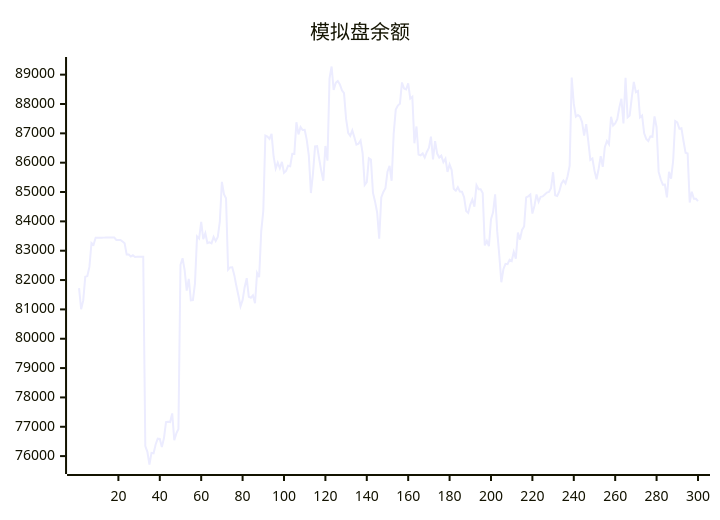
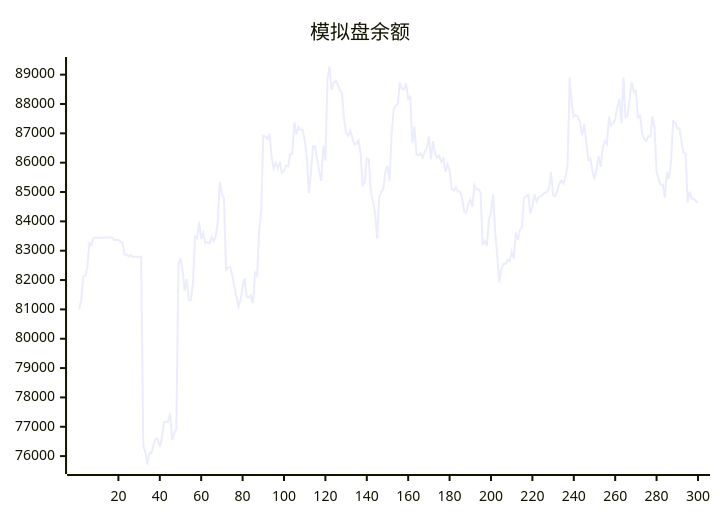
The diagram in README.md (aahl/ai-trading), drawn with Mermaid before and after one commit. The commit also changed other lines of this file and 1 other file, not shown here.

````diff
--- a/README.md
+++ b/README.md
@@ -5,5 +5,5 @@
 ```mermaid
 xychart
     title "模拟盘余额"
-    line [81728,81005,81298,82110,82135,82449,83264,83203,83440,83439,83440,83440,83446,83447,83448,83447,83448,83449,83369,83369,83369,83313,83256,82872,82873,82801,82844,82785,82791,82791,82793,82794,76339,76145,75714,76110,76096,76397,76594,76585,76310,76607,77160,77170,77160,77456,76541,76774,76927,82520,82744,82337,81639,82040,81307,81314,81887,83490,83414,83984,83396,83594,83261,83287,83253,83470,83327,83465,83987,85348,84930,84786,82355,82433,82438,82167,81795,81466,81105,81315,81756,82064,81426,81398,81481,81210,82242,82099,83658,84359,86925,86892,86814,86980,86203,85802,86003,85811,86028,85657,85721,85896,85880,86300,86299,87378,86965,87214,87115,87118,86780,86238,84966,85623,86555,86562,86129,85722,85387,86569,86070,88870,89278,88477,88720,88781,88668,88467,88372,87493,87018,86917,87102,86870,86613,86644,86758,86317,85242,85334,86149,86106,84968,84671,84302,83410,84816,85001,85127,85693,85891,85384,87001,87811,87945,88007,88734,88528,88495,88705,88189,88248,86662,87234,86279,86251,86314,86177,86364,86503,86886,86114,86731,86310,86176,86240,86017,86136,85685,85938,85749,85111,85044,85164,85016,85008,84824,84354,84287,84572,84745,84500,85234,85096,85095,84970,83180,83338,83157,84070,84309,84922,83667,82850,81924,82369,82552,82539,82695,82648,82962,82728,83619,83378,83710,83825,84819,84854,84917,84265,84527,84919,84668,84834,84850,84916,84981,85004,85131,85674,84891,84864,85019,85284,85393,85294,85538,85894,88904,88012,87567,87625,87568,87386,86920,87313,86737,86094,86143,85725,85437,85787,86219,85859,86526,86740,86630,87563,87264,87335,87483,87886,88180,87335,88894,87544,87608,88207,88755,88401,88444,87543,87608,87000,86810,86740,86894,86884,87576,87209,85686,85435,85251,85255,84820,85689,85453,86066,87420,87373,87161,87178,86740,86341,86315,84643,85012,84772,84768,84690]
+    line [81005,81298,82110,82135,82449,83264,83203,83440,83439,83440,83440,83446,83447,83448,83447,83448,83449,83369,83369,83369,83313,83256,82872,82873,82801,82844,82785,82791,82791,82793,82794,76339,76145,75714,76110,76096,76397,76594,76585,76310,76607,77160,77170,77160,77456,76541,76774,76927,82520,82744,82337,81639,82040,81307,81314,81887,83490,83414,83984,83396,83594,83261,83287,83253,83470,83327,83465,83987,85348,84930,84786,82355,82433,82438,82167,81795,81466,81105,81315,81756,82064,81426,81398,81481,81210,82242,82099,83658,84359,86925,86892,86814,86980,86203,85802,86003,85811,86028,85657,85721,85896,85880,86300,86299,87378,86965,87214,87115,87118,86780,86238,84966,85623,86555,86562,86129,85722,85387,86569,86070,88870,89278,88477,88720,88781,88668,88467,88372,87493,87018,86917,87102,86870,86613,86644,86758,86317,85242,85334,86149,86106,84968,84671,84302,83410,84816,85001,85127,85693,85891,85384,87001,87811,87945,88007,88734,88528,88495,88705,88189,88248,86662,87234,86279,86251,86314,86177,86364,86503,86886,86114,86731,86310,86176,86240,86017,86136,85685,85938,85749,85111,85044,85164,85016,85008,84824,84354,84287,84572,84745,84500,85234,85096,85095,84970,83180,83338,83157,84070,84309,84922,83667,82850,81924,82369,82552,82539,82695,82648,82962,82728,83619,83378,83710,83825,84819,84854,84917,84265,84527,84919,84668,84834,84850,84916,84981,85004,85131,85674,84891,84864,85019,85284,85393,85294,85538,85894,88904,88012,87567,87625,87568,87386,86920,87313,86737,86094,86143,85725,85437,85787,86219,85859,86526,86740,86630,87563,87264,87335,87483,87886,88180,87335,88894,87544,87608,88207,88755,88401,88444,87543,87608,87000,86810,86740,86894,86884,87576,87209,85686,85435,85251,85255,84820,85689,85453,86066,87420,87373,87161,87178,86740,86341,86315,84643,85012,84772,84768,84690,84635]
 ```
````
